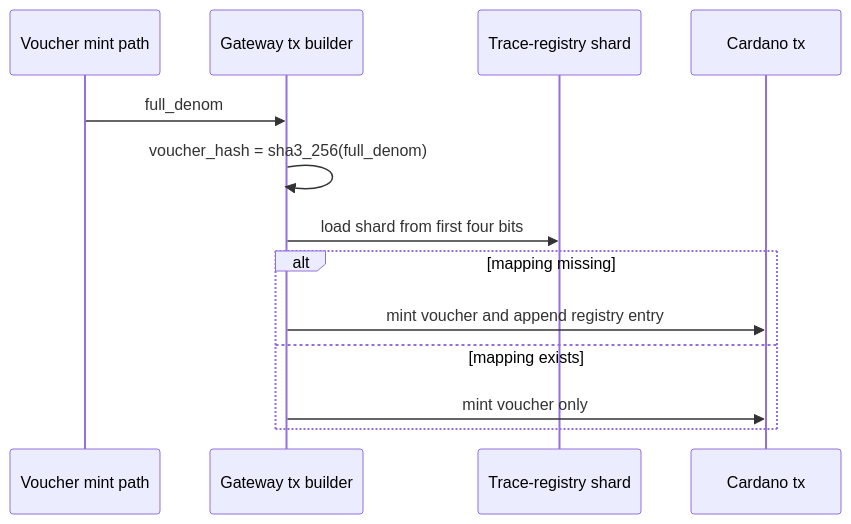
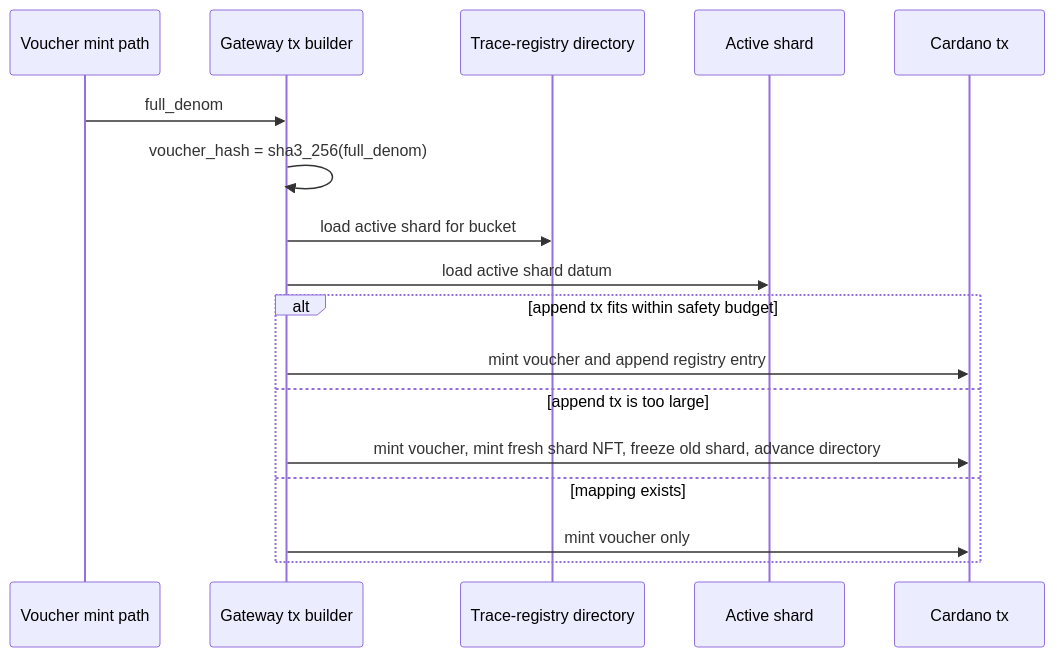
The second of 2 diagrams in docs/cardano-trace-registry.md (cardano-foundation/cardano-ibc-incubator), drawn with Mermaid before and after one commit. The commit also changed other lines of this file and 14 other files, not shown here.

Commit message:
cardano: add trace-registry shard rollover

````diff
--- a/docs/cardano-trace-registry.md
+++ b/docs/cardano-trace-registry.md
@@ -113,16 +124,20 @@
 ```mermaid
 sequenceDiagram
   participant W as Voucher mint path
   participant G as Gateway tx builder
-  participant S as Trace-registry shard
+  participant D as Trace-registry directory
+  participant S as Active shard
   participant C as Cardano tx
 
   W->>G: full_denom
   G->>G: voucher_hash = sha3_256(full_denom)
-  G->>S: load shard from first four bits
-  alt mapping missing
+  G->>D: load active shard for bucket
+  G->>S: load active shard datum
+  alt append tx fits within safety budget
     G->>C: mint voucher and append registry entry
+  else append tx is too large
+    G->>C: mint voucher, mint fresh shard NFT, freeze old shard, advance directory
   else mapping exists
     G->>C: mint voucher only
   end
 ```
````
